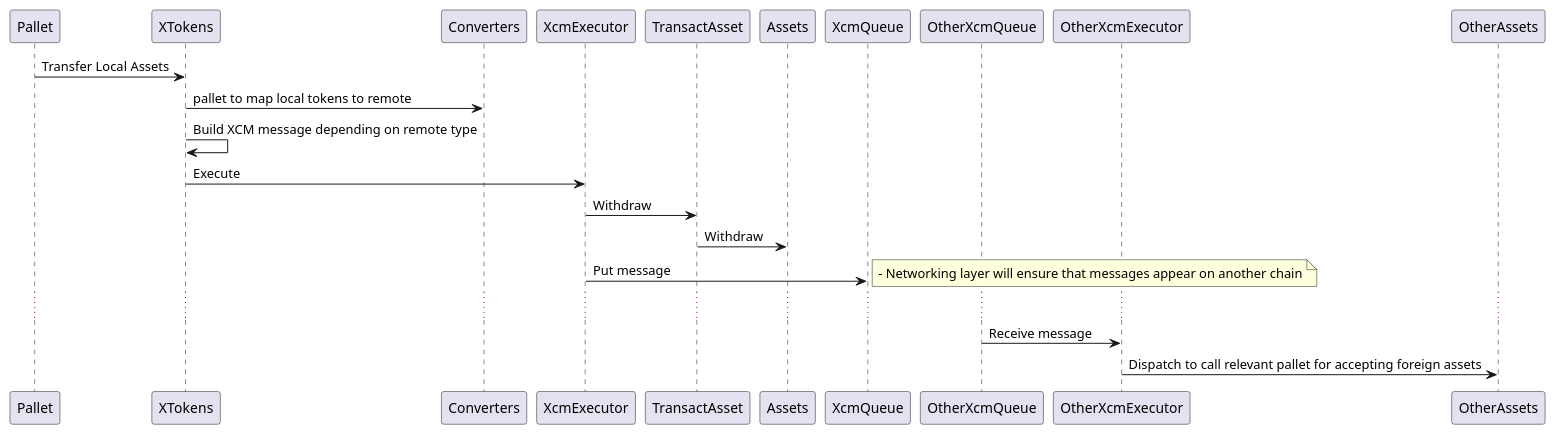
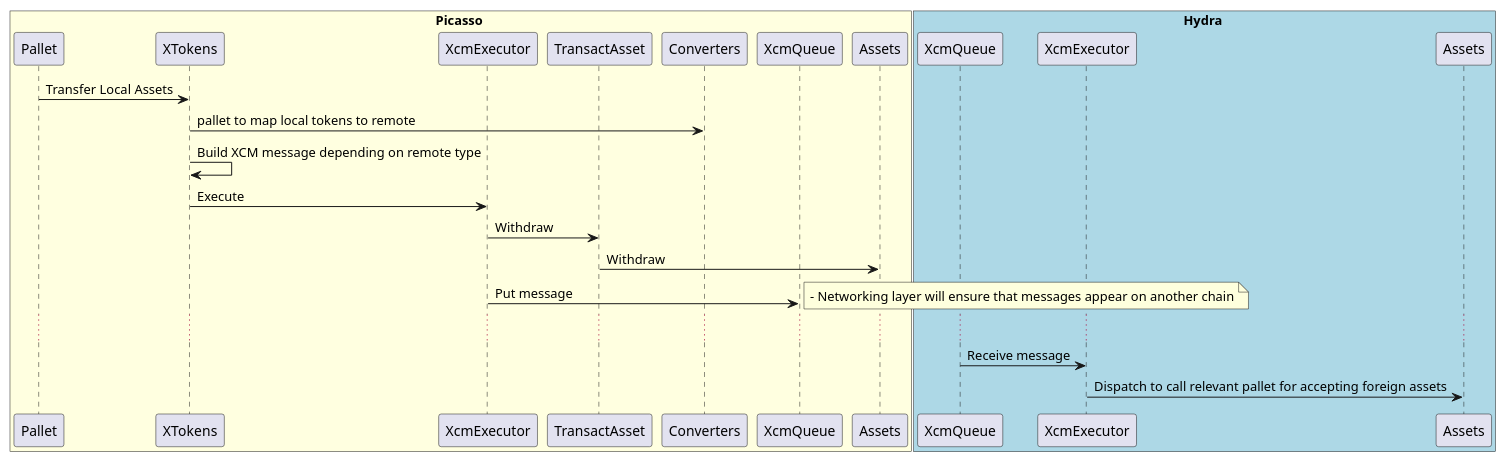
Before and after one commit to gamedaoco/composable: the diagram in integration-tests/README.md, drawn with PlantUML. The commit also changed other lines of this file and 8 other files, not shown here.

````diff
--- a/integration-tests/README.md
+++ b/integration-tests/README.md
@@ -32,20 +35,34 @@
 ```plantuml
 @startuml
-participant Pallet as pallet
-pallet -> XTokens: Transfer Local Assets
-XTokens -> Converters : pallet to map local tokens to remote
 
-XTokens -> XTokens : Build XCM message depending on remote type
-XTokens -> XcmExecutor : Execute
+box Picasso #LightYellow
+    participant Pallet as pallet
+    participant XTokens as xtokens
+    participant XcmExecutor
+    participant TransactAsset
+    participant Converters
+    participant XcmQueue
+    participant Assets
+end box
+
+box Hydra #LightBlue
+    participant "XcmQueue" as hydra_xcm_queue
+    participant "XcmExecutor" as hydra_xcm_executor
+    participant "Assets" as hydra_assets
+end box
+pallet -> xtokens: Transfer Local Assets
+xtokens -> Converters: pallet to map local tokens to remote
+xtokens -> xtokens : Build XCM message depending on remote type
+xtokens -> XcmExecutor : Execute
 XcmExecutor -> TransactAsset : Withdraw
 TransactAsset -> Assets: Withdraw
 XcmExecutor -> XcmQueue : Put message
 note right
  - Networking layer will ensure that messages appear on another chain
 end note
 ...
-OtherXcmQueue -> OtherXcmExecutor: Receive message
-OtherXcmExecutor -> OtherAssets: Dispatch to call relevant pallet for accepting foreign assets
+hydra_xcm_queue -> hydra_xcm_executor: Receive message
+hydra_xcm_executor -> hydra_assets: Dispatch to call relevant pallet for accepting foreign assets
 
 @enduml
 ```
````
